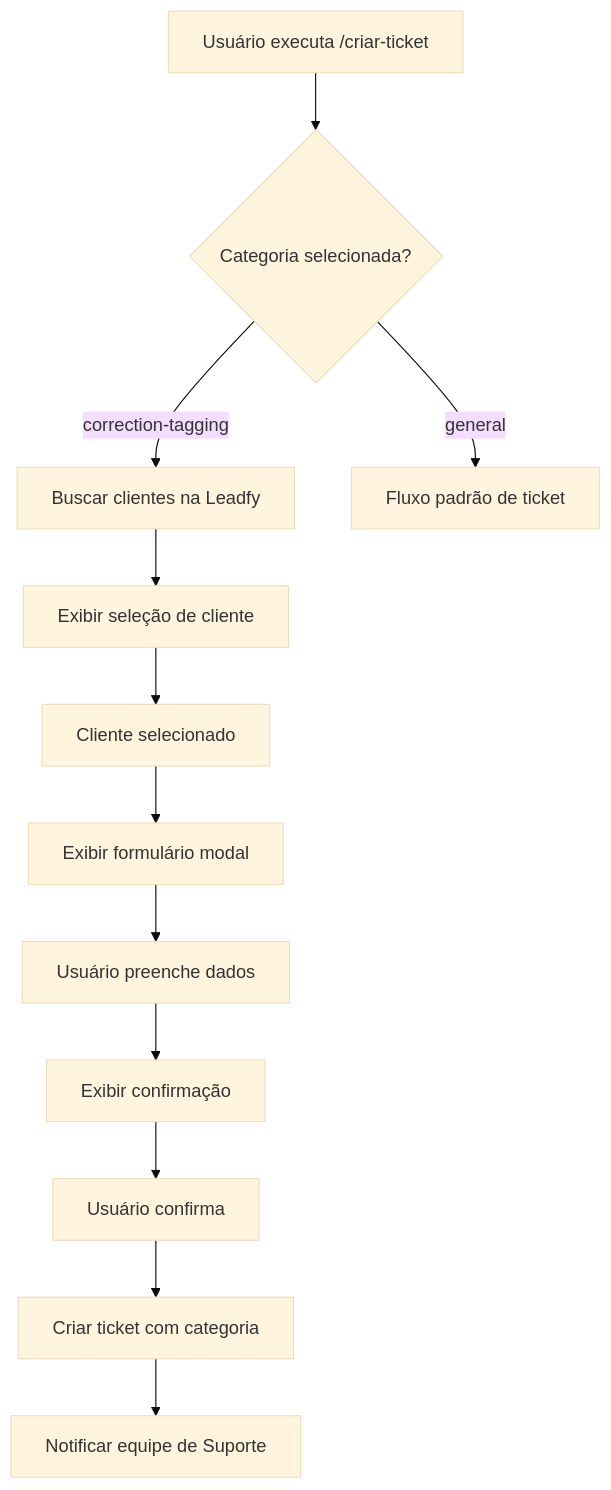
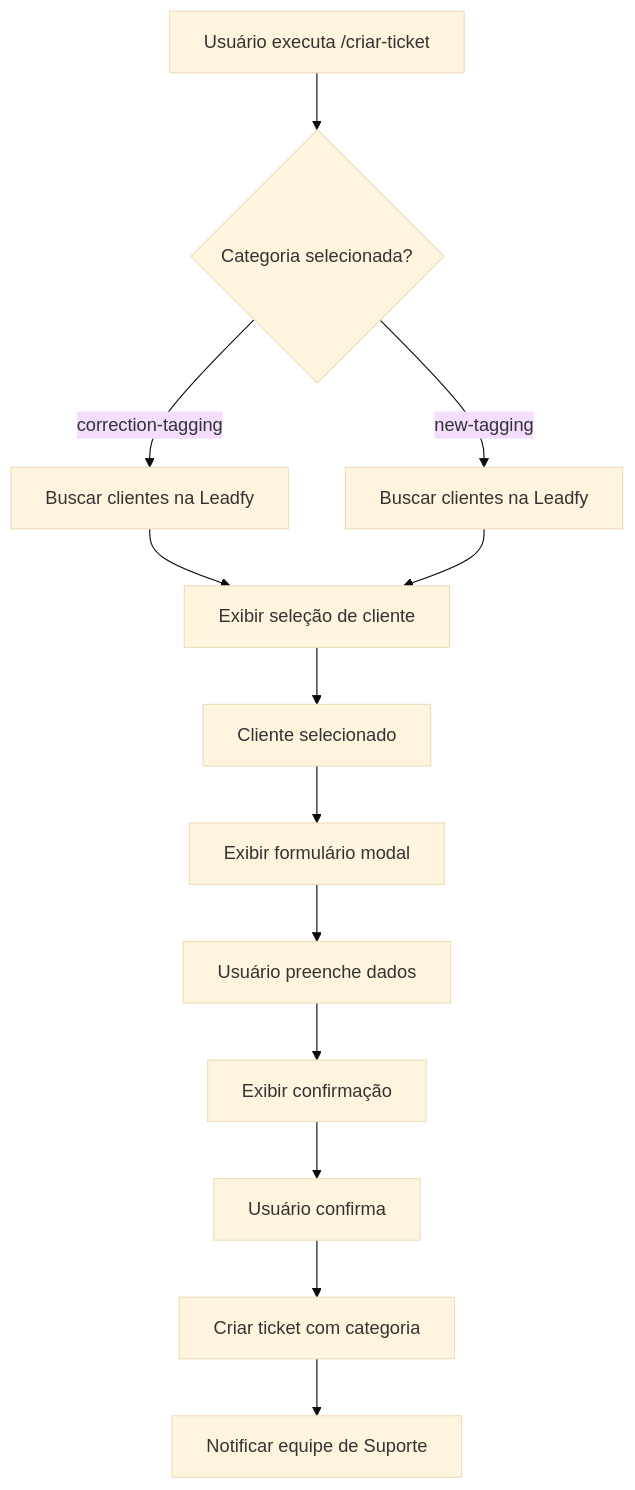
The diagram in CORRECTION_TAGGING_SETUP.md (fabiooliveir/ticket_discord), drawn with Mermaid (base theme) before and after one commit. The commit also changed 107 other files, not shown here.

````diff
--- a/CORRECTION_TAGGING_SETUP.md
+++ b/CORRECTION_TAGGING_SETUP.md
@@ -120,14 +120,15 @@
 ```mermaid
 graph TD
     A[Usuário executa /criar-ticket] --> B{Categoria selecionada?}
     B -->|correction-tagging| C[Buscar clientes na Leadfy]
-    B -->|general| D[Fluxo padrão de ticket]
+    B -->|new-tagging| D[Buscar clientes na Leadfy]
     C --> E[Exibir seleção de cliente]
+    D --> E
     E --> F[Cliente selecionado]
     F --> G[Exibir formulário modal]
     G --> H[Usuário preenche dados]
     H --> I[Exibir confirmação]
     I --> J[Usuário confirma]
     J --> K[Criar ticket com categoria]
     K --> L[Notificar equipe de Suporte]
 ```
````
